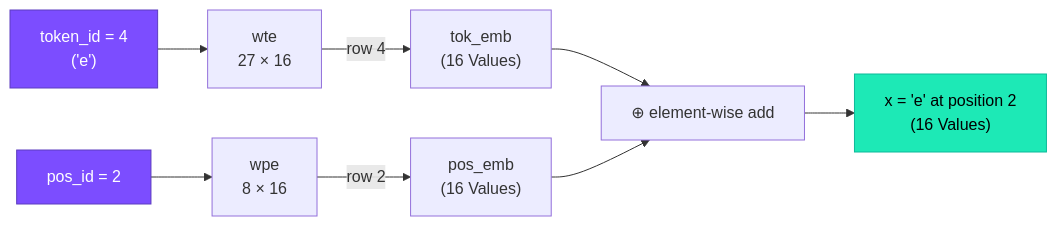
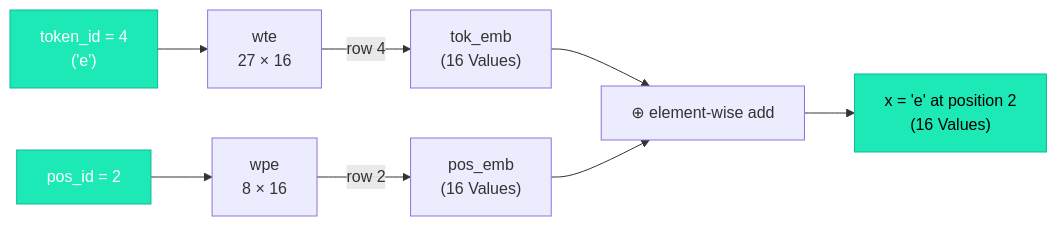
The diagram in docs/03-the-architecture/01-embeddings.md (iamkhalid2/microgpt-course), drawn with Mermaid before and after one commit. The commit also changed 23 other files, not shown here.

````diff
--- a/docs/03-the-architecture/01-embeddings.md
+++ b/docs/03-the-architecture/01-embeddings.md
@@ -65,14 +65,14 @@
 ```mermaid
 flowchart LR
     TID["token_id = 4\n('e')"] --> WTE["wte\n27 × 16"]
     WTE --> |"row 4"| TOK["tok_emb\n(16 Values)"]
     PID["pos_id = 2"] --> WPE["wpe\n8 × 16"]
     WPE --> |"row 2"| POS["pos_emb\n(16 Values)"]
     TOK --> ADD["⊕ element-wise add"]
     POS --> ADD
     ADD --> X["x = 'e' at position 2\n(16 Values)"]
 
-    style TID fill:#7c4dff,stroke:#5c3cbf,color:#fff
-    style PID fill:#7c4dff,stroke:#5c3cbf,color:#fff
+    style TID fill:#1de9b6,stroke:#0db99a,color:#fff
+    style PID fill:#1de9b6,stroke:#0db99a,color:#fff
     style X fill:#1de9b6,stroke:#0db99a,color:#000
 ```
````
